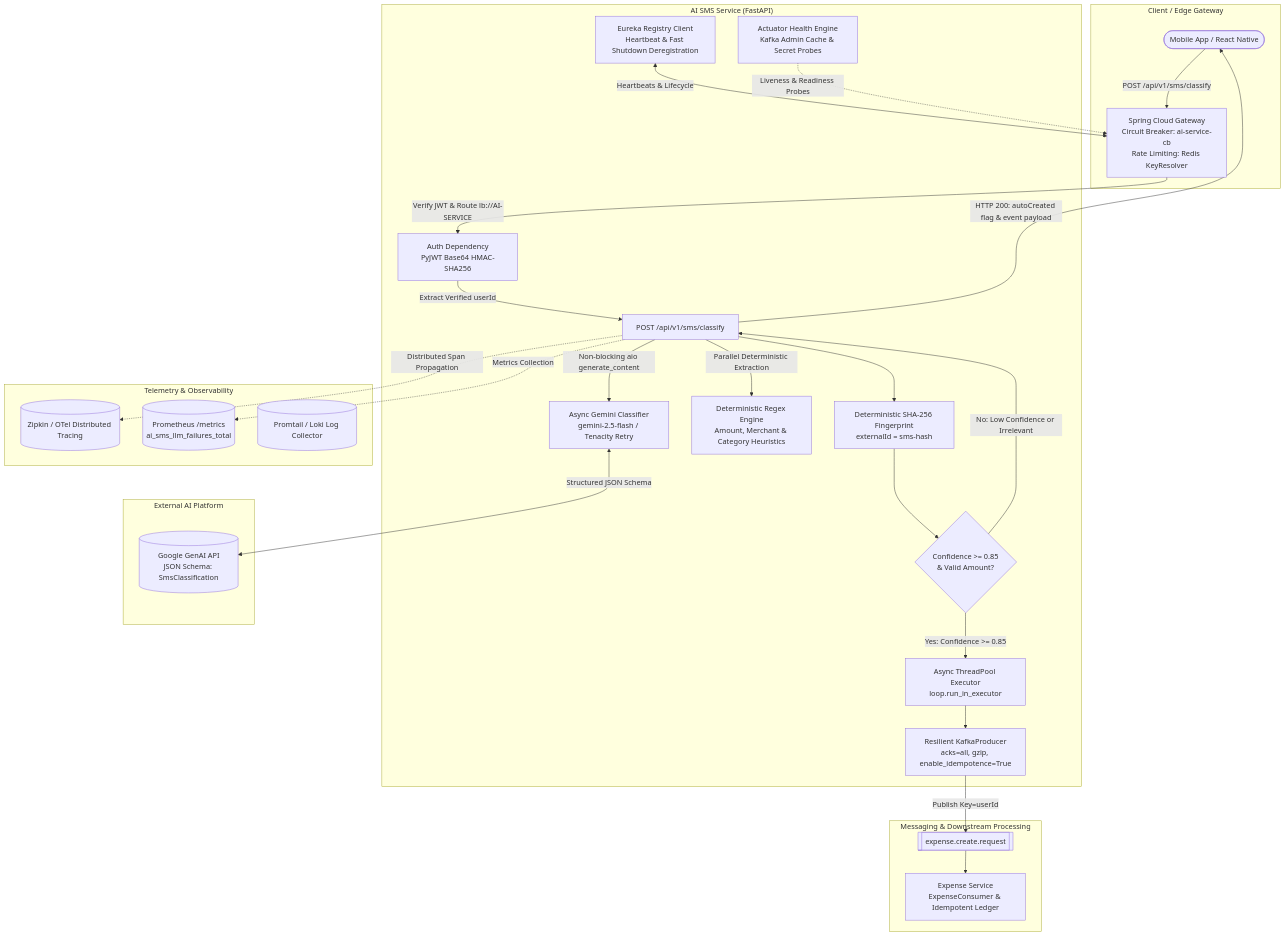
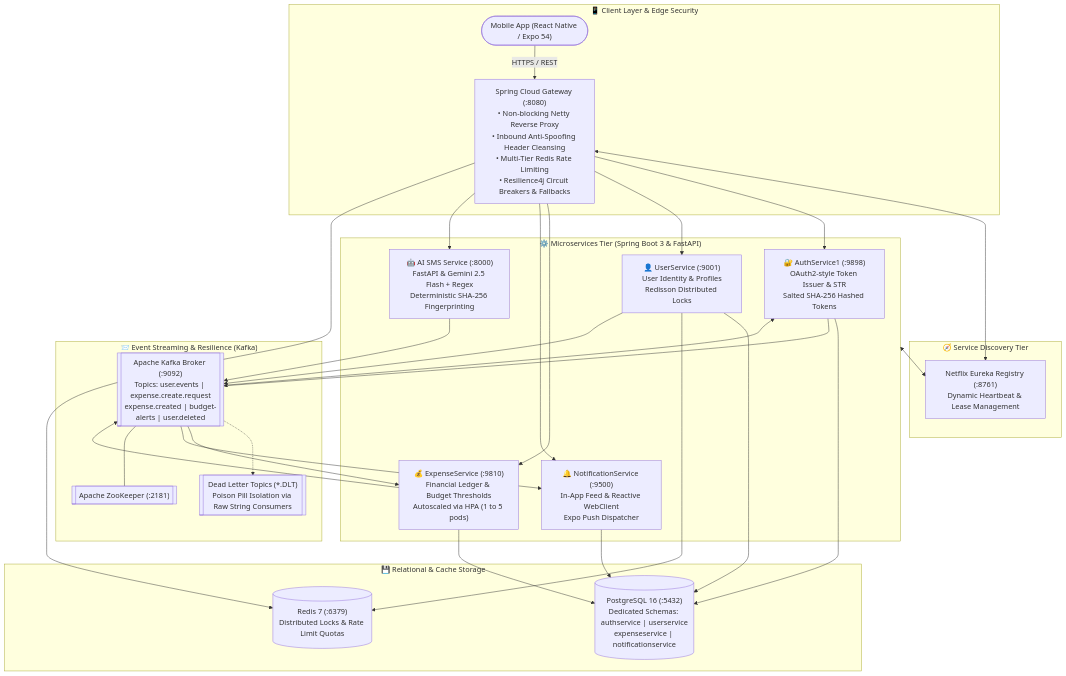
Before and after one commit to sagr612/Fintrack: the first of 5 diagrams in backend/README.md, drawn with Mermaid. The commit also changed other lines of this file and 6 other files, not shown here.

````diff
--- a/backend/README.md
+++ b/backend/README.md
@@ -763,57 +18,43 @@
 ```mermaid
-graph TD
-    subgraph EdgeGateway ["Client / Edge Gateway"]
-        Client(["Mobile App / React Native"])
-        Gateway["Spring Cloud Gateway<br/>Circuit Breaker: ai-service-cb<br/>Rate Limiting: Redis KeyResolver"]
+graph TB
+    subgraph ClientPerimeter ["📱 Client Layer & Edge Security"]
+        Client(["Mobile App (React Native / Expo 54)"])
+        Gateway["Spring Cloud Gateway (:8080)<br/>• Non-blocking Netty Reverse Proxy<br/>• Inbound Anti-Spoofing Header Cleansing<br/>• Multi-Tier Redis Rate Limiting<br/>• Resilience4j Circuit Breakers & Fallbacks"]
     end
 
-    subgraph AISMS ["AI SMS Service (FastAPI)"]
-        AuthDep["Auth Dependency<br/>PyJWT Base64 HMAC-SHA256"]
-        ClassifyRoute["POST /api/v1/sms/classify"]
-        GeminiClassifier["Async Gemini Classifier<br/>gemini-2.5-flash / Tenacity Retry"]
-        RegexEngine["Deterministic Regex Engine<br/>Amount, Merchant & Category Heuristics"]
-        Fingerprinter["Deterministic SHA-256 Fingerprint<br/>externalId = sms-hash"]
-        ConfidenceGate{"Confidence >= 0.85<br/>& Valid Amount?"}
-        AsyncWorker["Async ThreadPool Executor<br/>loop.run_in_executor"]
-        KafkaProducer["Resilient KafkaProducer<br/>acks=all, gzip, enable_idempotence=True"]
-        EurekaClient["Eureka Registry Client<br/>Heartbeat & Fast Shutdown Deregistration"]
-        HealthEngine["Actuator Health Engine<br/>Kafka Admin Cache & Secret Probes"]
+    subgraph ServiceRegistry ["🧭 Service Discovery Tier"]
+        Eureka["Netflix Eureka Registry (:8761)<br/>Dynamic Heartbeat & Lease Management"]
     end
 
-    subgraph ExternalAI ["External AI Platform"]
-        GeminiAPI[("Google GenAI API<br/>JSON Schema: SmsClassification")]
+    subgraph MicroservicesTier ["⚙️ Microservices Tier (Spring Boot 3 & FastAPI)"]
+        AuthSvc["🔐 AuthService1 (:9898)<br/>OAuth2-style Token Issuer & STR<br/>Salted SHA-256 Hashed Tokens"]
+        UserSvc["👤 UserService (:9001)<br/>User Identity & Profiles<br/>Redisson Distributed Locks"]
+        ExpenseSvc["💰 ExpenseService (:9810)<br/>Financial Ledger & Budget Thresholds<br/>Autoscaled via HPA (1 to 5 pods)"]
+        NotifSvc["🔔 NotificationService (:9500)<br/>In-App Feed & Reactive WebClient<br/>Expo Push Dispatcher"]
+        AISvc["🤖 AI SMS Service (:8000)<br/>FastAPI & Gemini 2.5 Flash + Regex<br/>Deterministic SHA-256 Fingerprinting"]
     end
 
-    subgraph MessagingDownstream ["Messaging & Downstream Processing"]
-        KafkaTopic[["expense.create.request"]]
-        ExpenseSvc["Expense Service<br/>ExpenseConsumer & Idempotent Ledger"]
+    subgraph MessagingBackbone ["📨 Event Streaming & Resilience (Kafka)"]
+        KafkaBroker[["Apache Kafka Broker (:9092)<br/>Topics: user.events | expense.create.request<br/>expense.created | budget-alerts | user.deleted"]]
+        KafkaDLT[["Dead Letter Topics (*.DLT)<br/>Poison Pill Isolation via Raw String Consumers"]]
+        ZooKeeper[["Apache ZooKeeper (:2181)"]]
     end
 
-    subgraph Telemetry ["Telemetry & Observability"]
-        Zipkin[("Zipkin / OTel Distributed Tracing")]
-        Prometheus[("Prometheus /metrics<br/>ai_sms_llm_failures_total")]
-        Promtail[("Promtail / Loki Log Collector")]
+    subgraph PersistenceCluster ["💾 Relational & Cache Storage"]
+        Postgres[("PostgreSQL 16 (:5432)<br/>Dedicated Schemas: authservice | userservice<br/>expenseservice | notificationservice")]
+        RedisStore[("Redis 7 (:6379)<br/>Distributed Locks & Rate Limit Quotas")]
     end
 
-    Client -->|"POST /api/v1/sms/classify"| Gateway
-    Gateway -->|"Verify JWT & Route lb://AI-SERVICE"| AuthDep
-    AuthDep -->|"Extract Verified userId"| ClassifyRoute
-    ClassifyRoute -->|"Non-blocking aio generate_content"| GeminiClassifier
-    GeminiClassifier <-->|"Structured JSON Schema"| GeminiAPI
-    ClassifyRoute -->|"Parallel Deterministic Extraction"| RegexEngine
-    ClassifyRoute --> Fingerprinter
-    Fingerprinter --> ConfidenceGate
+    Client -->|"HTTPS / REST"| Gateway
+    Gateway <--> Eureka
+    MicroservicesTier <--> Eureka
 
-    ConfidenceGate -->|"Yes: Confidence >= 0.85"| AsyncWorker
-    AsyncWorker --> KafkaProducer
-    KafkaProducer -->|"Publish Key=userId"| KafkaTopic
-    KafkaTopic --> ExpenseSvc
+    Gateway --> AuthSvc & UserSvc & ExpenseSvc & NotifSvc & AISvc
 
-    ConfidenceGate -->|"No: Low Confidence or Irrelevant"| ClassifyRoute
-    ClassifyRoute -->|"HTTP 200: autoCreated flag & event payload"| Client
-
-    ClassifyRoute -.->|"Distributed Span Propagation"| Zipkin
-    ClassifyRoute -.->|"Metrics Collection"| Prometheus
-    EurekaClient <-->|"Heartbeats & Lifecycle"| Gateway
-    HealthEngine -.->|"Liveness & Readiness Probes"| Gateway
+    AuthSvc & UserSvc & ExpenseSvc & NotifSvc --> Postgres
+    UserSvc & Gateway --> RedisStore
+    AuthSvc & UserSvc & ExpenseSvc & AISvc --> KafkaBroker
+    KafkaBroker -.-> KafkaDLT
+    KafkaBroker --> ExpenseSvc & NotifSvc & AuthSvc
+    KafkaBroker --- ZooKeeper
 ```
````
